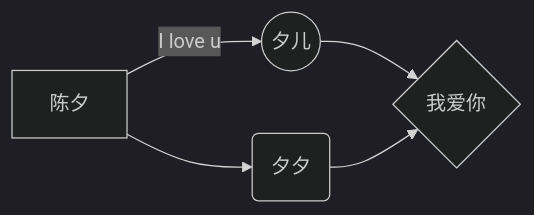
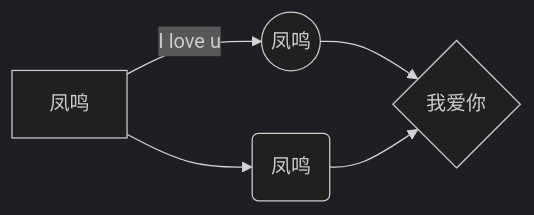
One commit to qydq/Integrate changed the second of 2 diagrams in study.md. Above: the diagram before and after it, drawn with Mermaid (dark theme). The commit also changed other lines of this file, not shown here.

````diff
--- a/study.md
+++ b/study.md
@@ -1202,7 +1249,7 @@
 ```mermaid  
 graph LR  
-A[陈夕] -- I love u --> B((夕儿))  
-A --> C(夕夕)  
+A[凤鸣] -- I love u --> B((凤鸣))  
+A --> C(凤鸣)  
 B --> D{我爱你}  
 C --> D  
 ```  
````
